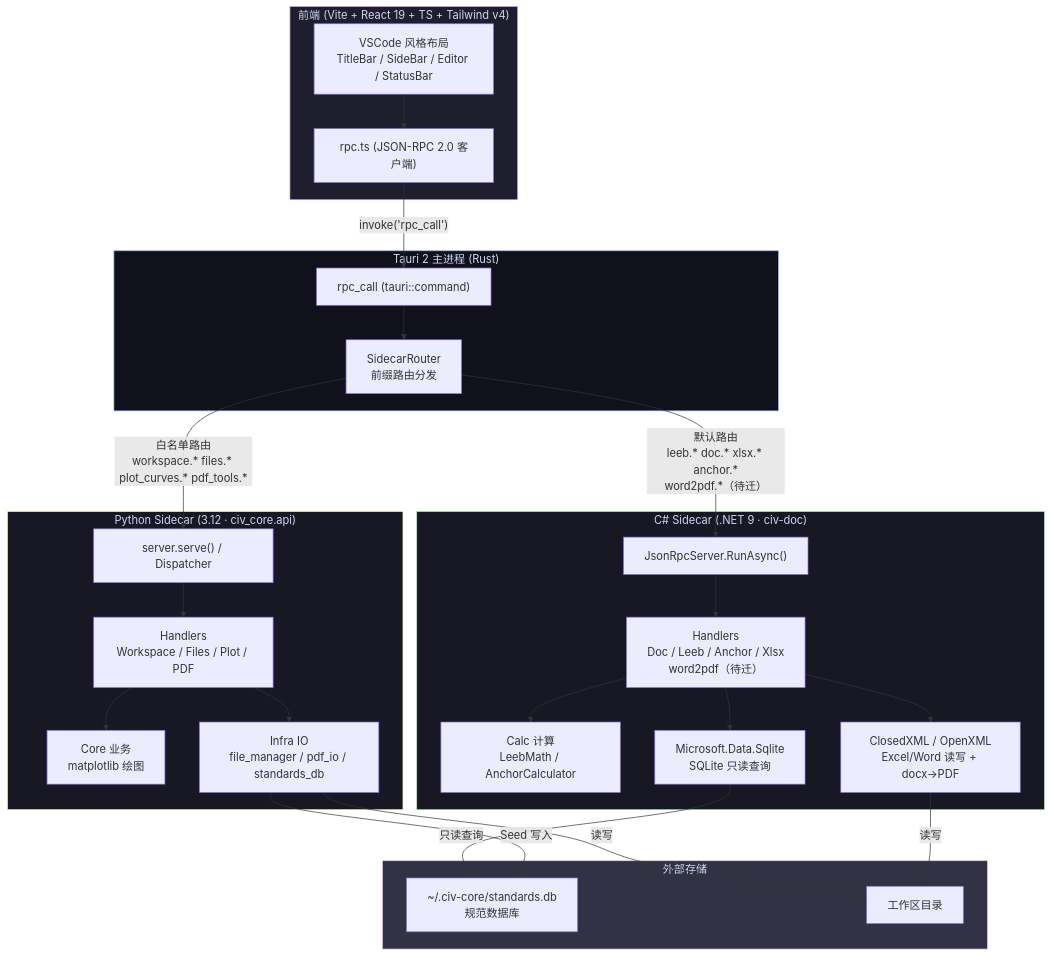
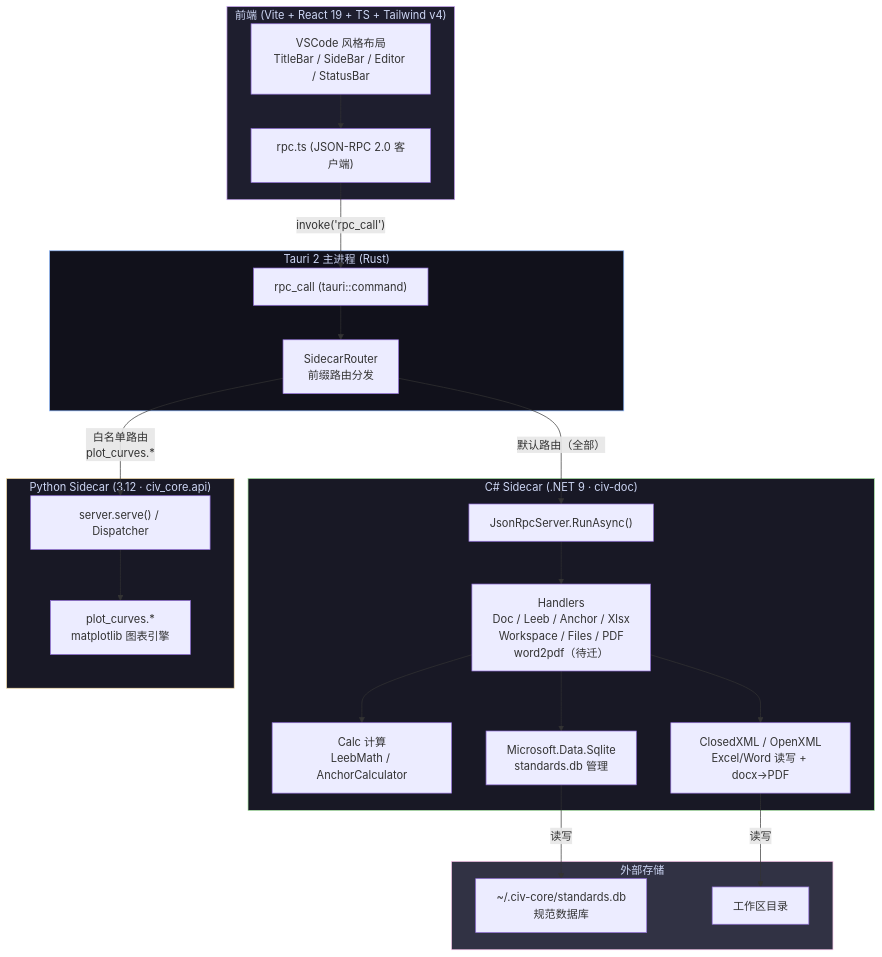
The diagram in CLAUDE.md (ZGQ2001/civ-core), drawn with Mermaid before and after one commit. The commit also changed other lines of this file, not shown here.

Commit message:
docs: 架构目标 — Python 仅保留 plot_curves，其余全归 C#

````diff
--- a/CLAUDE.md
+++ b/CLAUDE.md
@@ -14,56 +14,50 @@
 ```mermaid
 graph TB
     subgraph Frontend ["前端 (Vite + React 19 + TS + Tailwind v4)"]
         UI["VSCode 风格布局<br/>TitleBar / SideBar / Editor / StatusBar"]
         RPC_Client["rpc.ts (JSON-RPC 2.0 客户端)"]
         UI --> RPC_Client
     end
 
     subgraph Tauri ["Tauri 2 主进程 (Rust)"]
         IPC_Cmd["rpc_call (tauri::command)"]
         Router["SidecarRouter<br/>前缀路由分发"]
         RPC_Client -- "invoke('rpc_call')" --> IPC_Cmd
         IPC_Cmd --> Router
     end
 
     subgraph CSharp ["C# Sidecar (.NET 9 · civ-doc)"]
         CS_RPC["JsonRpcServer.RunAsync()"]
-        CS_Handlers["Handlers<br/>Doc / Leeb / Anchor / Xlsx<br/>word2pdf（待迁）"]
+        CS_Handlers["Handlers<br/>Doc / Leeb / Anchor / Xlsx<br/>Workspace / Files / PDF<br/>word2pdf（待迁）"]
         CS_Calc["Calc 计算<br/>LeebMath / AnchorCalculator"]
         CS_CL["ClosedXML / OpenXML<br/>Excel/Word 读写 + docx→PDF"]
-        CS_SQL["Microsoft.Data.Sqlite<br/>SQLite 只读查询"]
+        CS_SQL["Microsoft.Data.Sqlite<br/>standards.db 管理"]
         CS_RPC --> CS_Handlers
         CS_Handlers --> CS_Calc
         CS_Handlers --> CS_CL
         CS_Handlers --> CS_SQL
     end
 
     subgraph Python ["Python Sidecar (3.12 · civ_core.api)"]
         Py_RPC["server.serve() / Dispatcher"]
-        Py_Handlers["Handlers<br/>Workspace / Files / Plot / PDF"]
-        Py_Core["Core 业务<br/>matplotlib 绘图"]
-        Py_Infra["Infra IO<br/>file_manager / pdf_io / standards_db"]
+        Py_Handlers["plot_curves.*<br/>matplotlib 图表引擎"]
         Py_RPC --> Py_Handlers
-        Py_Handlers --> Py_Core
-        Py_Handlers --> Py_Infra
     end
 
     subgraph Storage ["外部存储"]
         DB["~/.civ-core/standards.db<br/>规范数据库"]
         Disk["工作区目录"]
     end
 
-    Router -- "默认路由<br/>leeb.* doc.* xlsx.* anchor.*<br/>word2pdf.*（待迁）" --> CS_RPC
-    Router -- "白名单路由<br/>workspace.* files.* plot_curves.* pdf_tools.*" --> Py_RPC
+    Router -- "默认路由（全部）" --> CS_RPC
+    Router -- "白名单路由<br/>plot_curves.*" --> Py_RPC
 
-    CS_SQL -- "只读查询" --> DB
-    Py_Infra -- "Seed 写入" --> DB
-    Py_Infra -- "读写" --> Disk
+    CS_SQL -- "读写" --> DB
     CS_CL -- "读写" --> Disk
 
     style Frontend fill:#1e1e2e,stroke:#cba6f7,color:#cdd6f4
     style Tauri fill:#11111b,stroke:#89b4fa,color:#cdd6f4
     style CSharp fill:#181825,stroke:#a6e3a1,color:#cdd6f4
     style Python fill:#181825,stroke:#f9e2af,color:#cdd6f4
     style Storage fill:#313244,stroke:#f5c2e7,color:#cdd6f4
 ```
````
